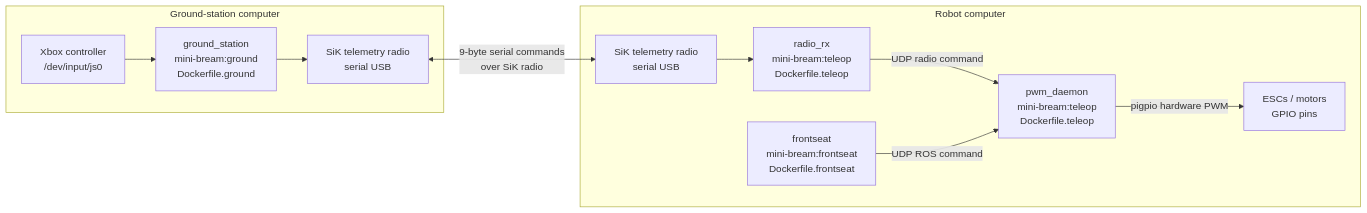
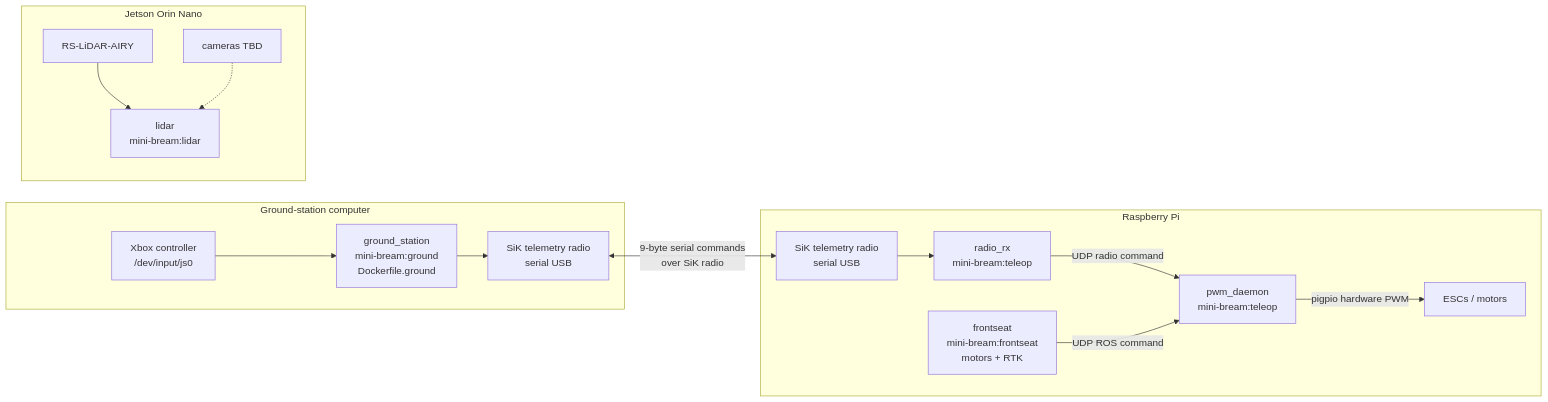
The diagram in src/docker/README.md (jhairssteven/mini-bream), drawn with Mermaid before and after one commit. The commit also changed other lines of this file and 9 other files, not shown here.

Commit message:
blue-bream: Add lidar config to run from Jetson Orin

````diff
--- a/src/docker/README.md
+++ b/src/docker/README.md
@@ -5,26 +5,35 @@
 ```mermaid
 flowchart LR
     subgraph GS["Ground-station computer"]
         Xbox["Xbox controller<br/>/dev/input/js0"]
         Ground["ground_station<br/>mini-bream:ground<br/>Dockerfile.ground"]
         GRadio["SiK telemetry radio<br/>serial USB"]
 
         Xbox --> Ground
         Ground --> GRadio
     end
 
     GRadio <-->|"9-byte serial commands<br/>over SiK radio"| RRadio
 
-    subgraph Robot["Robot computer"]
+    subgraph Pi["Raspberry Pi"]
         RRadio["SiK telemetry radio<br/>serial USB"]
-        RadioRx["radio_rx<br/>mini-bream:teleop<br/>Dockerfile.teleop"]
-        Pwm["pwm_daemon<br/>mini-bream:teleop<br/>Dockerfile.teleop"]
-        Frontseat["frontseat<br/>mini-bream:frontseat<br/>Dockerfile.frontseat"]
-        Motors["ESCs / motors<br/>GPIO pins"]
+        RadioRx["radio_rx<br/>mini-bream:teleop"]
+        Pwm["pwm_daemon<br/>mini-bream:teleop"]
+        Frontseat["frontseat<br/>mini-bream:frontseat<br/>motors + RTK"]
+        Motors["ESCs / motors"]
 
         RRadio --> RadioRx
         RadioRx -->|"UDP radio command"| Pwm
         Frontseat -->|"UDP ROS command"| Pwm
         Pwm -->|"pigpio hardware PWM"| Motors
     end
+
+    subgraph Jetson["Jetson Orin Nano"]
+        LidarCtr["lidar<br/>mini-bream:lidar"]
+        Airy["RS-LiDAR-AIRY"]
+        Cameras["cameras TBD"]
+
+        Airy --> LidarCtr
+        Cameras -.-> LidarCtr
+    end
 ```
````
